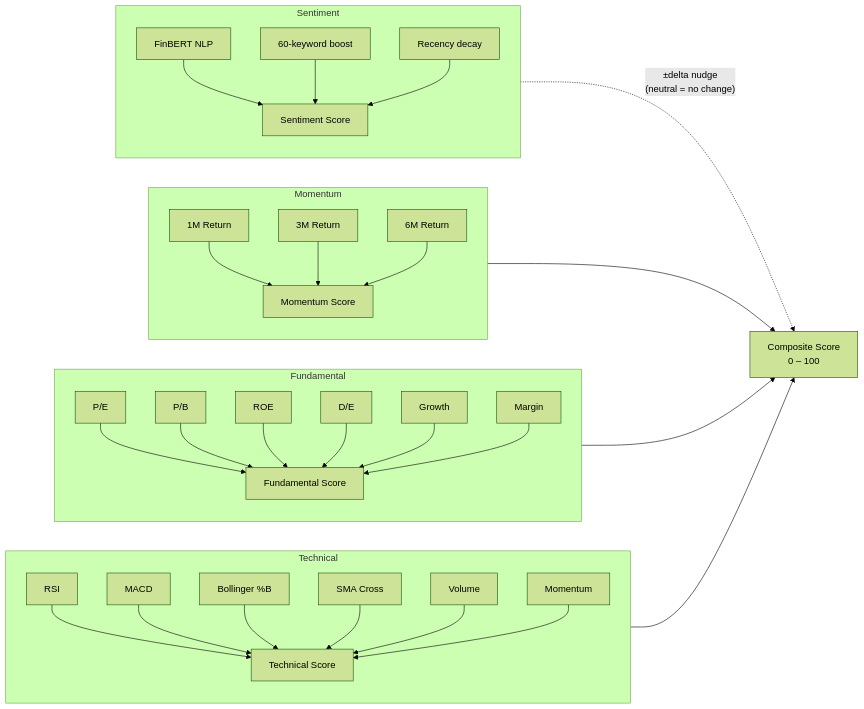
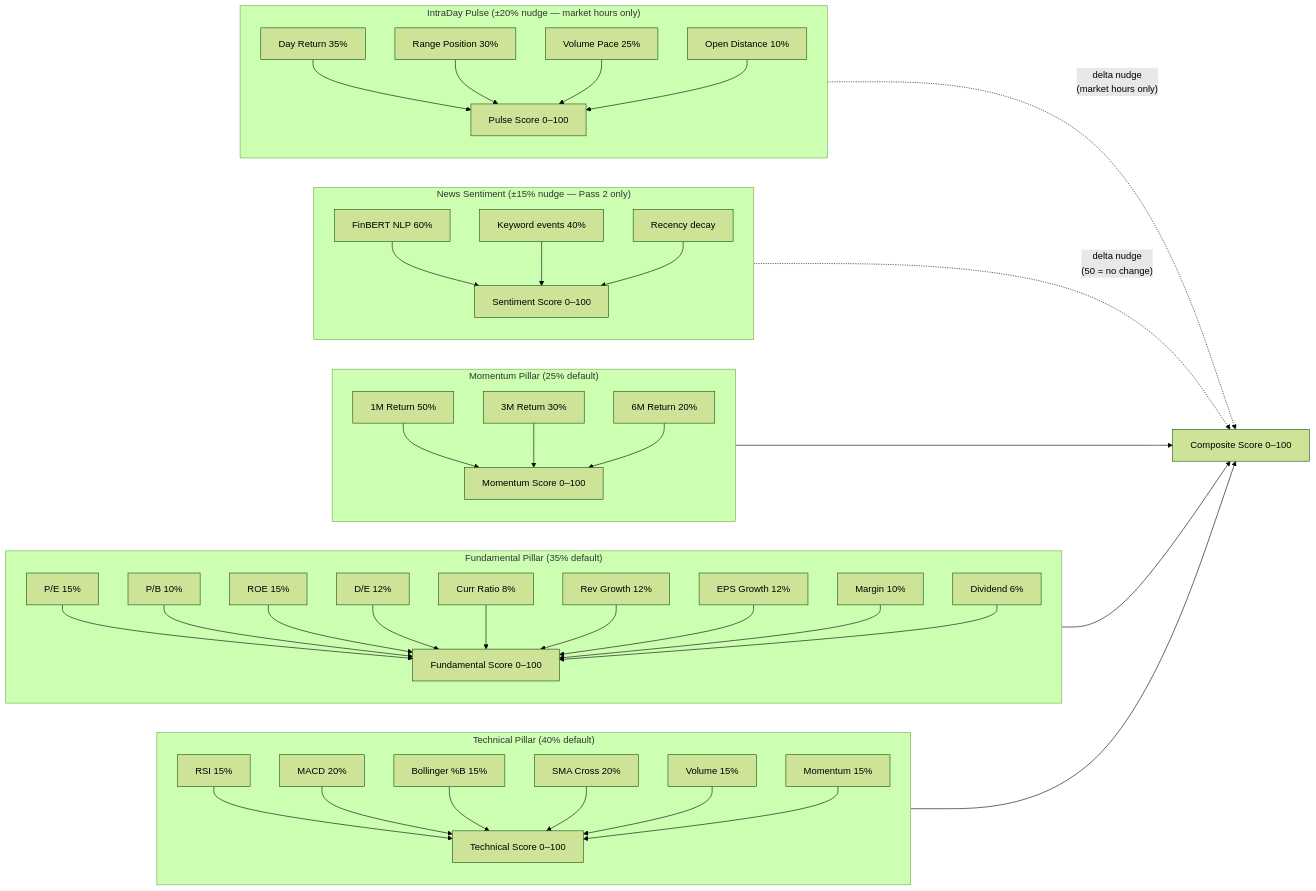
One commit to BitanSarkar/TradingBot changed the third of 4 diagrams in README.md. Above: the diagram before and after it, drawn with Mermaid (forest theme). The commit also changed other lines of this file, not shown here.

````diff
--- a/README.md
+++ b/README.md
@@ -72,25 +169,31 @@
 ```mermaid
 flowchart LR
-    subgraph Technical
+    subgraph Technical ["Technical Pillar (40% default)"]
         direction TB
-        t1["RSI"] & t2["MACD"] & t3["Bollinger %B"] & t4["SMA Cross"] & t5["Volume"] & t6["Momentum"] --> TS["Technical Score"]
+        t1["RSI 15%"] & t2["MACD 20%"] & t3["Bollinger %B 15%"] & t4["SMA Cross 20%"] & t5["Volume 15%"] & t6["Momentum 15%"] --> TS["Technical Score 0–100"]
     end
 
-    subgraph Fundamental
+    subgraph Fundamental ["Fundamental Pillar (35% default)"]
         direction TB
-        f1["P/E"] & f2["P/B"] & f3["ROE"] & f4["D/E"] & f5["Growth"] & f6["Margin"] --> FS["Fundamental Score"]
+        f1["P/E 15%"] & f2["P/B 10%"] & f3["ROE 15%"] & f4["D/E 12%"] & f5["Curr Ratio 8%"] & f6["Rev Growth 12%"] & f7["EPS Growth 12%"] & f8["Margin 10%"] & f9["Dividend 6%"] --> FS["Fundamental Score 0–100"]
     end
 
-    subgraph Momentum
+    subgraph Momentum ["Momentum Pillar (25% default)"]
         direction TB
-        m1["1M Return"] & m2["3M Return"] & m3["6M Return"] --> MS["Momentum Score"]
+        m1["1M Return 50%"] & m2["3M Return 30%"] & m3["6M Return 20%"] --> MS["Momentum Score 0–100"]
     end
 
-    subgraph Sentiment
+    subgraph Sentiment ["News Sentiment (±15% nudge — Pass 2 only)"]
         direction TB
-        n1["FinBERT NLP"] & n2["60-keyword boost"] & n3["Recency decay"] --> NS["Sentiment Score"]
+        n1["FinBERT NLP 60%"] & n2["Keyword events 40%"] & n3["Recency decay"] --> NS["Sentiment Score 0–100"]
     end
 
-    TS & FS & MS --> CS["Composite Score\n0 – 100"]
-    NS -. "±delta nudge\n(neutral = no change)" .-> CS
+    subgraph Pulse ["IntraDay Pulse (±20% nudge — market hours only)"]
+        direction TB
+        p1["Day Return 35%"] & p2["Range Position 30%"] & p3["Volume Pace 25%"] & p4["Open Distance 10%"] --> PS["Pulse Score 0–100"]
+    end
+
+    TS & FS & MS --> CS["Composite Score 0–100"]
+    NS -. "delta nudge\n(50 = no change)" .-> CS
+    PS -. "delta nudge\n(market hours only)" .-> CS
 ```
````
